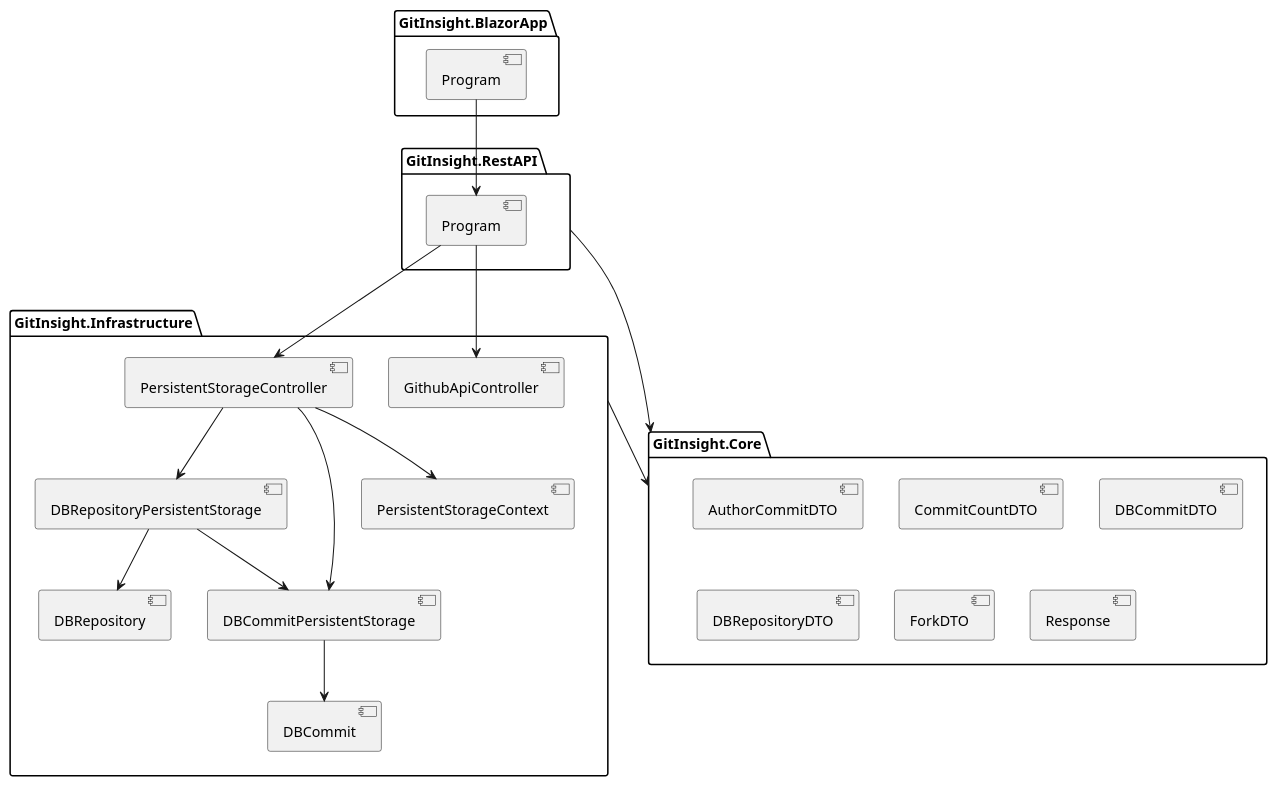
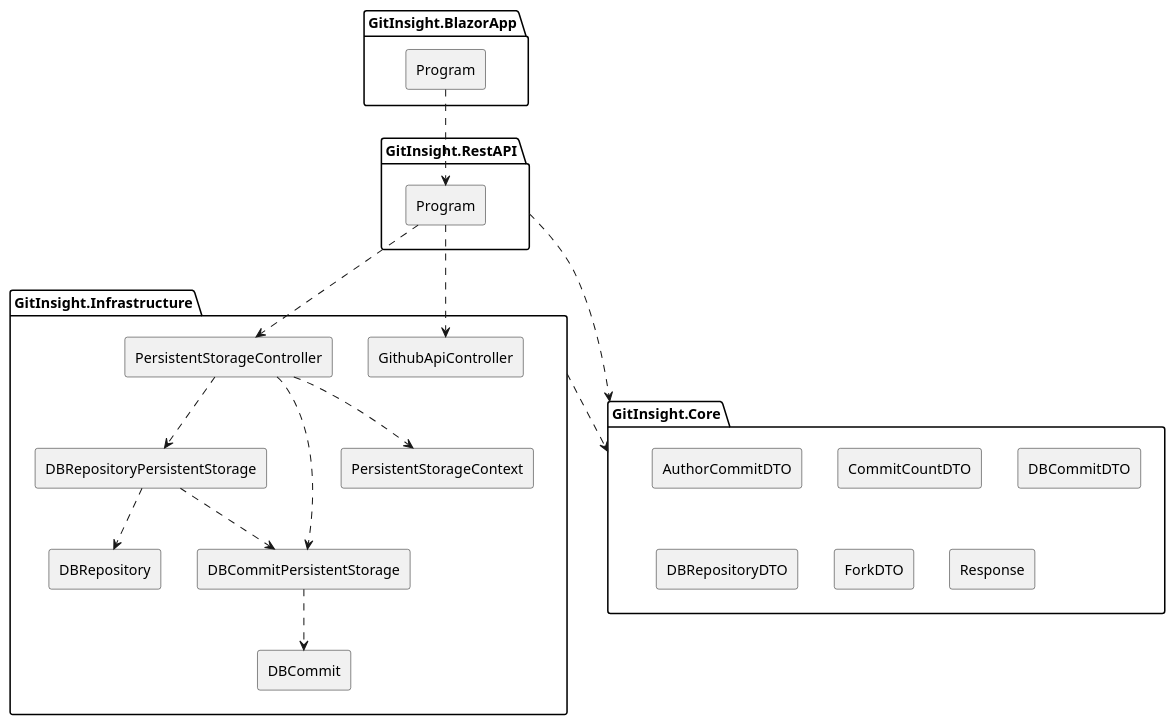
The first of 4 diagrams in docs/Diagrams.md (WilliamHeidemann/GitInsight), drawn with PlantUML before and after one commit. The commit also changed other lines of this file, not shown here.

````diff
--- a/docs/Diagrams.md
+++ b/docs/Diagrams.md
@@ -5,47 +5,49 @@
 ```plantuml
 @startuml
+
+skinparam componentStyle rectangle
 
 package "GitInsight.BlazorApp" as app {
     [Program] as app.prog
 }
 
 package "GitInsight.RestAPI" as rest {
     [Program] as api.prog
 }
 
-    [app.prog] --> [api.prog]
+    [app.prog] ..> [api.prog]
        
 package "GitInsight.Infrastructure" as inf {
     [GithubApiController] as gitcontr
     [PersistentStorageController] as pscontr
     [DBRepositoryPersistentStorage] as dbrp
     [DBCommitPersistentStorage] as dbcp
     [PersistentStorageContext] as psc
     [DBRepository] as dbr
     [DBCommit] as dbc
 }
-    [api.prog] --> [gitcontr]
-    [api.prog] --> [pscontr]
-    [pscontr] --> [psc] 
-    [pscontr] --> [dbrp]
-    [pscontr] --> [dbcp] 
-    [dbrp] --> [dbcp] 
-    [dbrp] --> [dbr]
-    [dbcp] --> [dbc]
- 
+    [api.prog] ..> [gitcontr]
+    [api.prog] ..> [pscontr]
+    [pscontr] ..> [psc] 
+    [pscontr] ..> [dbrp]
+    [pscontr] ..> [dbcp] 
+    [dbrp] ..> [dbcp] 
+    [dbrp] ..> [dbr]
+    [dbcp] ..> [dbc]
+
 
 package "GitInsight.Core" as core {
     [AuthorCommitDTO] as adto
     [CommitCountDTO] as ccdto
     [DBCommitDTO] as dbcdto
     [DBRepositoryDTO] as dbrdto
     [ForkDTO] as fdto
     [Response] as resp
 }
 
-rest --> core
-inf --> core
+rest ..> core
+inf ..> core
 
 
 @enduml
 ```
````
